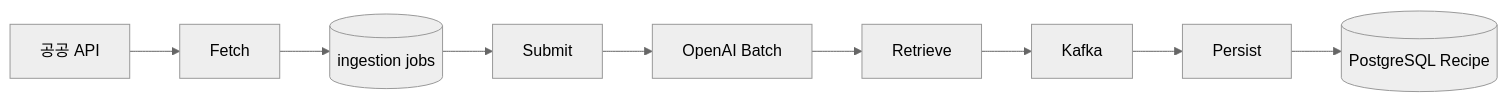
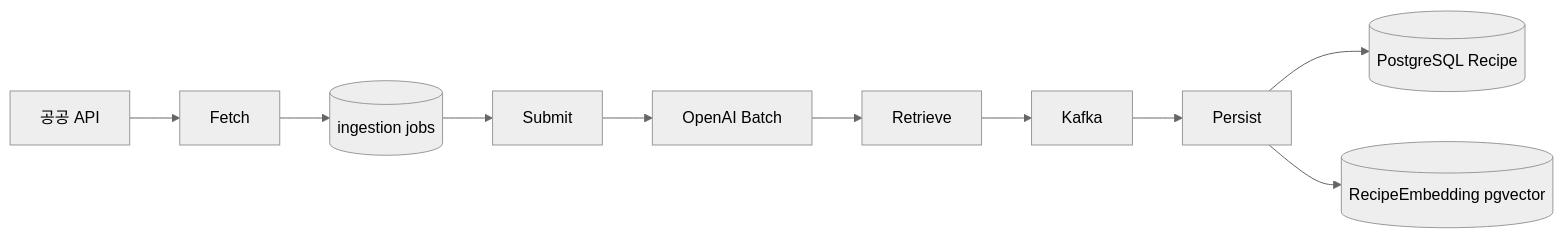
Before and after one commit to tkddnr1022/mealio: the diagram in docs/docs/project/recipe-ingestion.md, drawn with Mermaid (neutral theme). The commit also changed other lines of this file and 7 other files, not shown here.

First line of the commit message:
Docs: enhance documentation and add recipe embedding feature

````diff
--- a/docs/docs/project/recipe-ingestion.md
+++ b/docs/docs/project/recipe-ingestion.md
@@ -15,11 +15,12 @@
 ```mermaid
 flowchart LR
     API[공공 API] --> Fetch
     Fetch --> Mongo[(ingestion jobs)]
     Mongo --> Submit
     Submit --> OpenAI[OpenAI Batch]
     OpenAI --> Retrieve
     Retrieve --> Kafka[Kafka]
     Kafka --> Persist
     Persist --> PG[(PostgreSQL Recipe)]
+    Persist --> RE[(RecipeEmbedding pgvector)]
 ```
````
